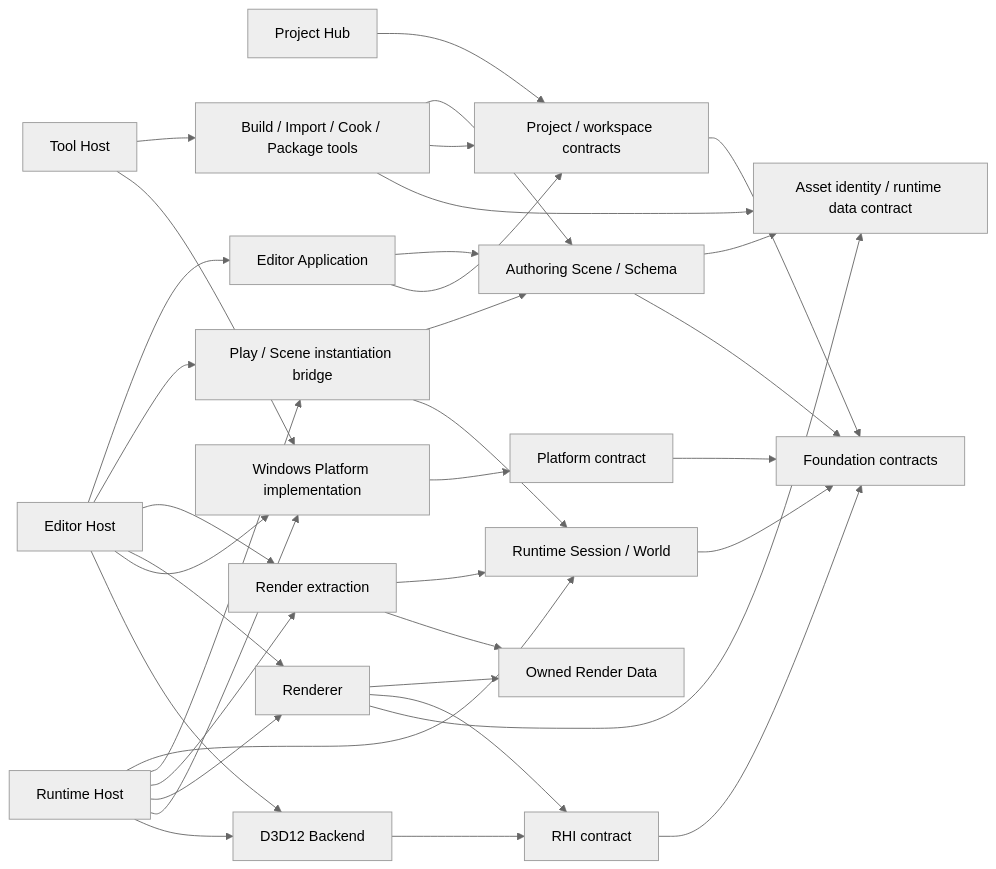
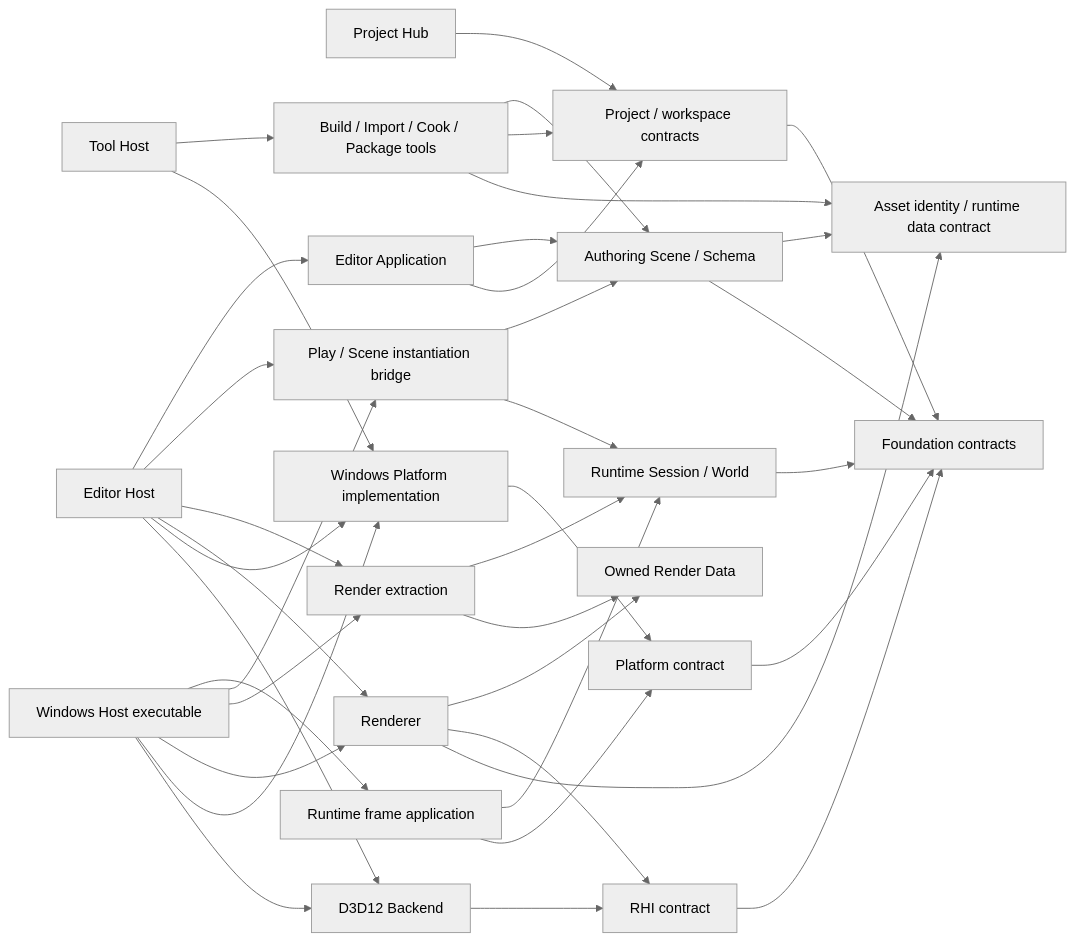
The diagram in Docs/Decisions/0001-architecture-boundaries.md (tochouseito/CueEngine), drawn with Mermaid (neutral theme) before and after one commit. The commit also changed other lines of this file and 41 other files, not shown here.

Commit message:
feat: complete M03 Windows host and runtime gate (#18)

````diff
--- a/Docs/Decisions/0001-architecture-boundaries.md
+++ b/Docs/Decisions/0001-architecture-boundaries.md
@@ -57,38 +57,40 @@
 ```mermaid
 flowchart LR
     ProjectHub[Project Hub] --> Project[Project / workspace contracts]
     EditorHost[Editor Host] --> Editor[Editor Application]
     EditorHost --> Bridge[Play / Scene instantiation bridge]
     EditorHost --> Extractor[Render extraction]
     EditorHost --> Renderer[Renderer]
     EditorHost --> PlatformWin[Windows Platform implementation]
     EditorHost --> D3D12[D3D12 Backend]
-    RuntimeHost[Runtime Host] --> Runtime[Runtime Session / World]
-    RuntimeHost --> Bridge
-    RuntimeHost --> Extractor
-    RuntimeHost --> Renderer
-    RuntimeHost --> PlatformWin
-    RuntimeHost --> D3D12
+    WindowsHost[Windows Host executable] --> RuntimeCore[Runtime frame application]
+    RuntimeCore --> Runtime[Runtime Session / World]
+    RuntimeCore --> Platform[Platform contract]
+    WindowsHost --> Bridge
+    WindowsHost --> Extractor
+    WindowsHost --> Renderer
+    WindowsHost --> PlatformWin
+    WindowsHost --> D3D12
     ToolHost[Tool Host] --> Tools[Build / Import / Cook / Package tools]
     ToolHost --> PlatformWin
     PlatformWin --> Platform[Platform contract]
     Editor --> Scene[Authoring Scene / Schema]
     Editor --> Project
     Bridge --> Scene
     Bridge --> Runtime
     Renderer --> RenderData[Owned Render Data]
     Renderer --> RHI[RHI contract]
     D3D12 --> RHI
     Extractor[Render extraction] --> Runtime
     Extractor --> RenderData
     Tools --> Scene
     Tools --> Project
     Tools --> Assets[Asset identity / runtime data contract]
     Renderer --> Assets
     Scene --> Assets
     Project --> Foundation
     Runtime --> Foundation[Foundation contracts]
     Scene --> Foundation
     Platform --> Foundation
     RHI --> Foundation
 ```
````
